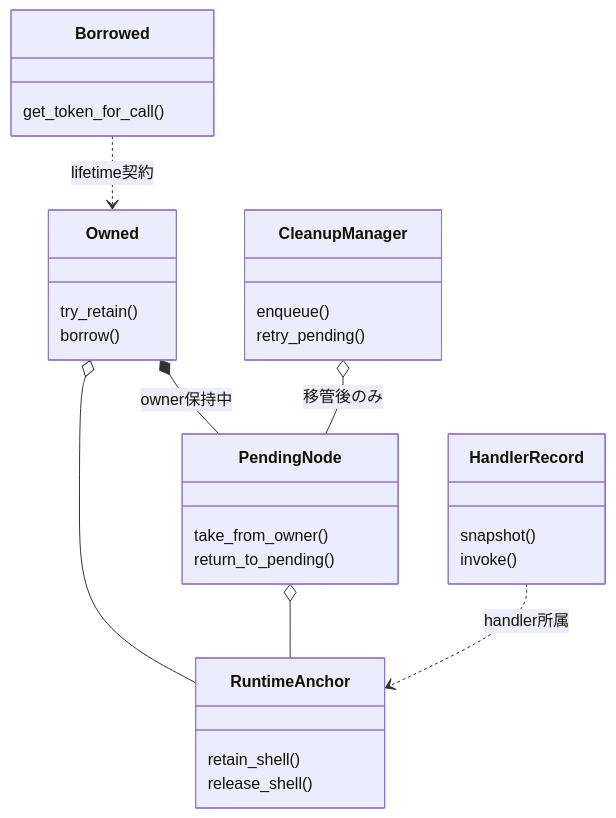
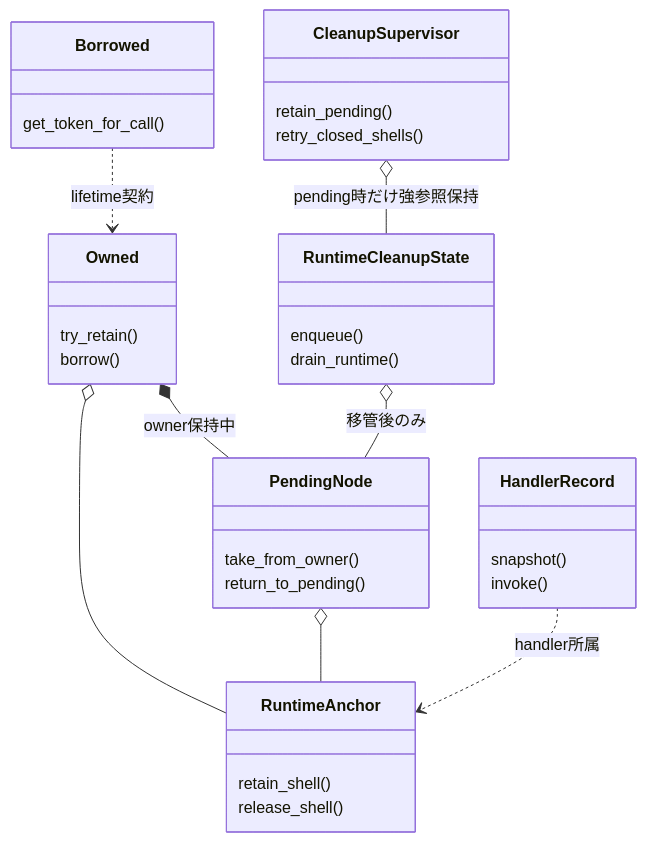
Before and after one commit to edamame-edame/freemvvm: the fourth of 6 diagrams in .docs/13_detail_design/wrappers/cpp.md, drawn with Mermaid. The commit also changed other lines of this file, not shown here.

Commit message:
docs(cpp): approve runtime wrapper design v1.2

````diff
--- a/.docs/13_detail_design/wrappers/cpp.md
+++ b/.docs/13_detail_design/wrappers/cpp.md
@@ -277,33 +284,38 @@
 ```mermaid
 classDiagram
     direction TB
     class Owned {
         try_retain()
         borrow()
     }
     class Borrowed {
         get_token_for_call()
     }
     class PendingNode {
         take_from_owner()
         return_to_pending()
     }
-    class CleanupManager {
+    class RuntimeCleanupState {
         enqueue()
-        retry_pending()
+        drain_runtime()
+    }
+    class CleanupSupervisor {
+        retain_pending()
+        retry_closed_shells()
     }
     class RuntimeAnchor {
         retain_shell()
         release_shell()
     }
     class HandlerRecord {
         snapshot()
         invoke()
     }
     Owned *-- PendingNode : owner保持中
     Owned o-- RuntimeAnchor
     Borrowed ..> Owned : lifetime契約
-    CleanupManager o-- PendingNode : 移管後のみ
+    RuntimeCleanupState o-- PendingNode : 移管後のみ
+    CleanupSupervisor o-- RuntimeCleanupState : pending時だけ強参照保持
     PendingNode o-- RuntimeAnchor
     HandlerRecord ..> RuntimeAnchor : handler所属
 ```
````
